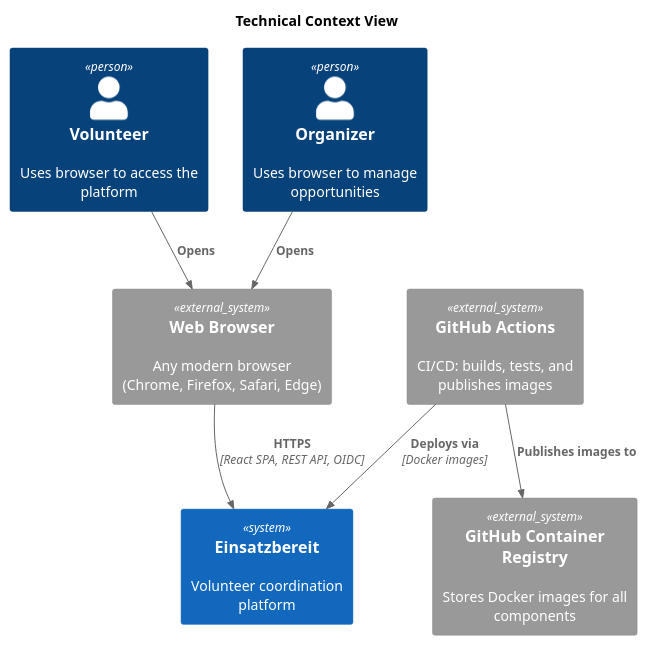
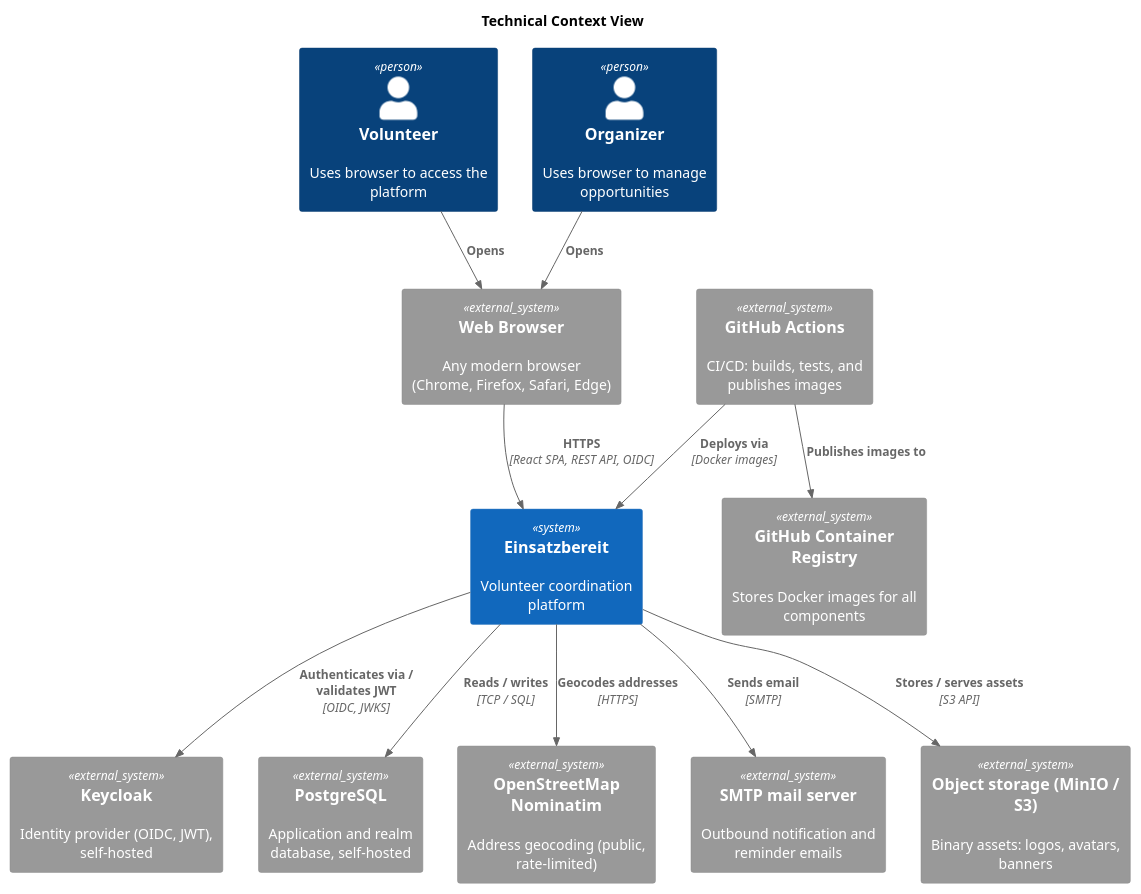
Before and after one commit to maik-hasler/einsatzbereit: the diagram in docs/Architecture/images/technical-context.puml, drawn with PlantUML. The commit also changed 27 other files, not shown here.

```diff
--- a/docs/Architecture/images/technical-context.puml
+++ b/docs/Architecture/images/technical-context.puml
@@ -1,22 +1,32 @@
 @startuml Technical Context
 
 !include <C4/C4_Context>
 
 title Technical Context View
 
 Person(volunteer, "Volunteer", "Uses browser to access the platform")
 Person(organizer, "Organizer", "Uses browser to manage opportunities")
 
 System(einsatzbereit, "Einsatzbereit", "Volunteer coordination platform")
 
 System_Ext(browser, "Web Browser", "Any modern browser (Chrome, Firefox, Safari, Edge)")
 System_Ext(ghcr, "GitHub Container Registry", "Stores Docker images for all components")
 System_Ext(github_actions, "GitHub Actions", "CI/CD: builds, tests, and publishes images")
+System_Ext(keycloak, "Keycloak", "Identity provider (OIDC, JWT), self-hosted")
+System_Ext(postgres, "PostgreSQL", "Application and realm database, self-hosted")
+System_Ext(nominatim, "OpenStreetMap Nominatim", "Address geocoding (public, rate-limited)")
+System_Ext(smtp, "SMTP mail server", "Outbound notification and reminder emails")
+System_Ext(objectstore, "Object storage (MinIO / S3)", "Binary assets: logos, avatars, banners")
 
 Rel(volunteer, browser, "Opens")
 Rel(organizer, browser, "Opens")
 Rel(browser, einsatzbereit, "HTTPS", "React SPA, REST API, OIDC")
 Rel(github_actions, einsatzbereit, "Deploys via", "Docker images")
 Rel(github_actions, ghcr, "Publishes images to")
+Rel(einsatzbereit, keycloak, "Authenticates via / validates JWT", "OIDC, JWKS")
+Rel(einsatzbereit, postgres, "Reads / writes", "TCP / SQL")
+Rel(einsatzbereit, nominatim, "Geocodes addresses", "HTTPS")
+Rel(einsatzbereit, smtp, "Sends email", "SMTP")
+Rel(einsatzbereit, objectstore, "Stores / serves assets", "S3 API")
 
 @enduml
```
